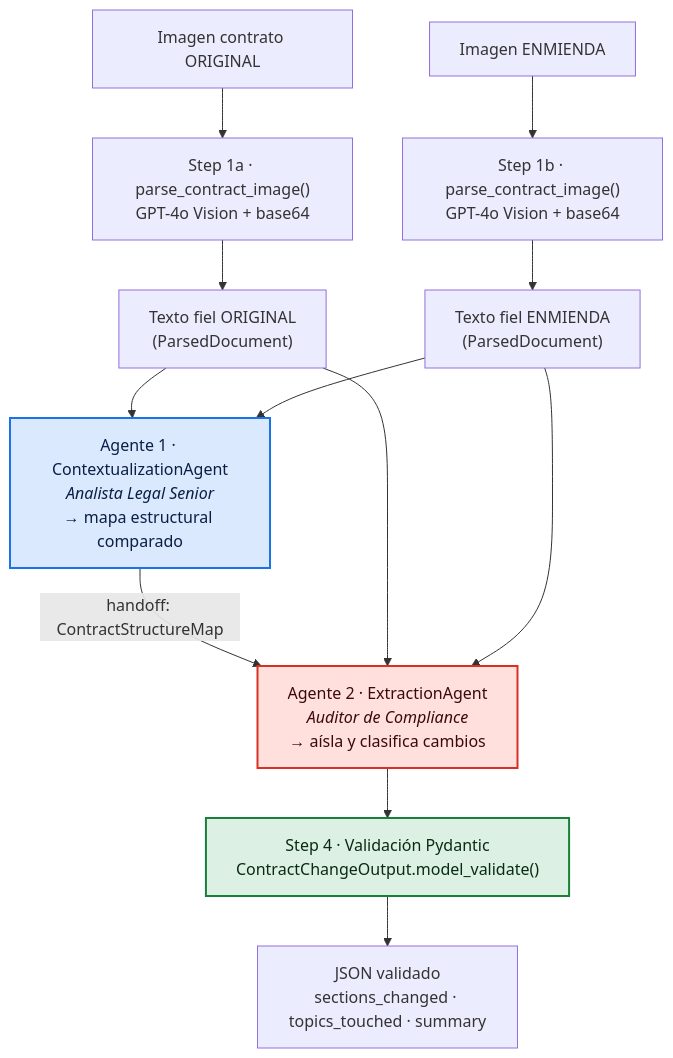
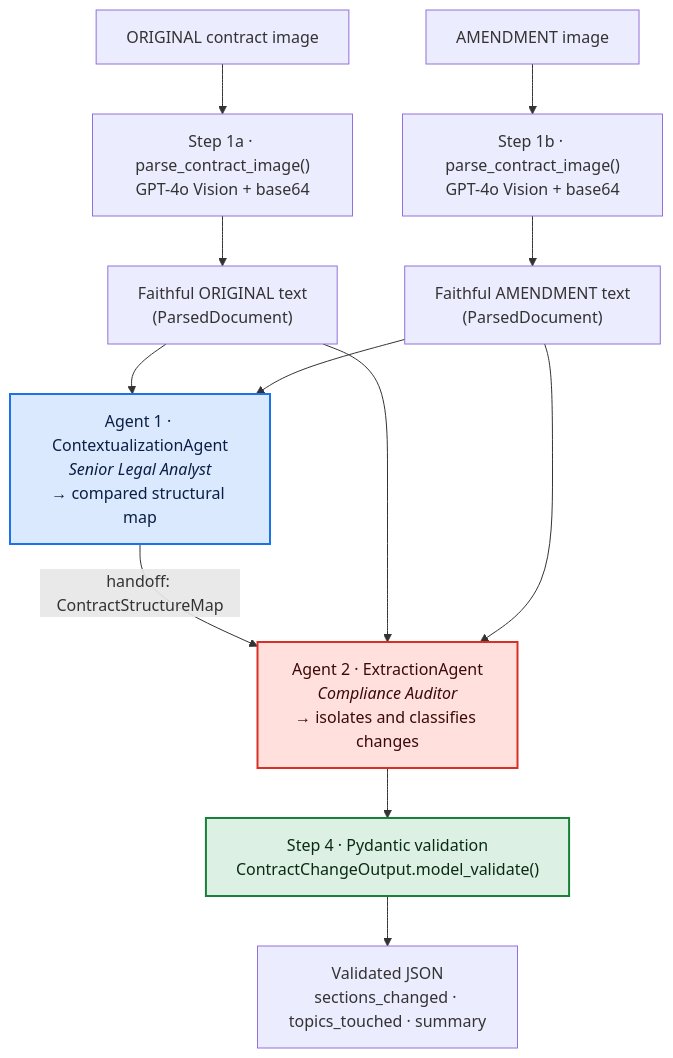
Before and after one commit to Pedro2798/HenryFinal: the diagram in README.md, drawn with Mermaid. The commit also changed other lines of this file, not shown here.

````diff
--- a/README.md
+++ b/README.md
@@ -26,17 +26,17 @@
 ```mermaid
 flowchart TD
-    A["Imagen contrato ORIGINAL"] --> P1["Step 1a · parse_contract_image()<br/>GPT-4o Vision + base64"]
-    B["Imagen ENMIENDA"] --> P2["Step 1b · parse_contract_image()<br/>GPT-4o Vision + base64"]
-    P1 --> T1["Texto fiel ORIGINAL<br/>(ParsedDocument)"]
-    P2 --> T2["Texto fiel ENMIENDA<br/>(ParsedDocument)"]
+    A["ORIGINAL contract image"] --> P1["Step 1a · parse_contract_image()<br/>GPT-4o Vision + base64"]
+    B["AMENDMENT image"] --> P2["Step 1b · parse_contract_image()<br/>GPT-4o Vision + base64"]
+    P1 --> T1["Faithful ORIGINAL text<br/>(ParsedDocument)"]
+    P2 --> T2["Faithful AMENDMENT text<br/>(ParsedDocument)"]
     T1 --> AG1
-    T2 --> AG1["Agente 1 · ContextualizationAgent<br/><i>Analista Legal Senior</i><br/>→ mapa estructural comparado"]
-    AG1 -->|handoff: ContractStructureMap| AG2["Agente 2 · ExtractionAgent<br/><i>Auditor de Compliance</i><br/>→ aísla y clasifica cambios"]
+    T2 --> AG1["Agent 1 · ContextualizationAgent<br/><i>Senior Legal Analyst</i><br/>→ compared structural map"]
+    AG1 -->|handoff: ContractStructureMap| AG2["Agent 2 · ExtractionAgent<br/><i>Compliance Auditor</i><br/>→ isolates and classifies changes"]
     T1 --> AG2
     T2 --> AG2
-    AG2 --> V["Step 4 · Validación Pydantic<br/>ContractChangeOutput.model_validate()"]
-    V --> OUT["JSON validado<br/>sections_changed · topics_touched · summary"]
+    AG2 --> V["Step 4 · Pydantic validation<br/>ContractChangeOutput.model_validate()"]
+    V --> OUT["Validated JSON<br/>sections_changed · topics_touched · summary"]
     style AG1 fill:#dbe9ff,stroke:#1a73e8,stroke-width:2px,color:#0b1f44
     style AG2 fill:#ffe0dd,stroke:#d93025,stroke-width:2px,color:#3b0a08
     style V fill:#dcf1e3,stroke:#188038,stroke-width:2px,color:#0b2a14
 ```
````
